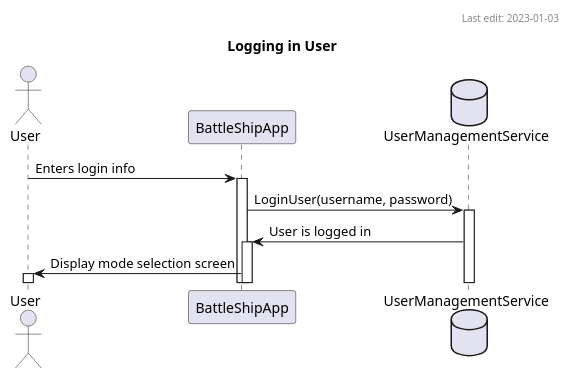
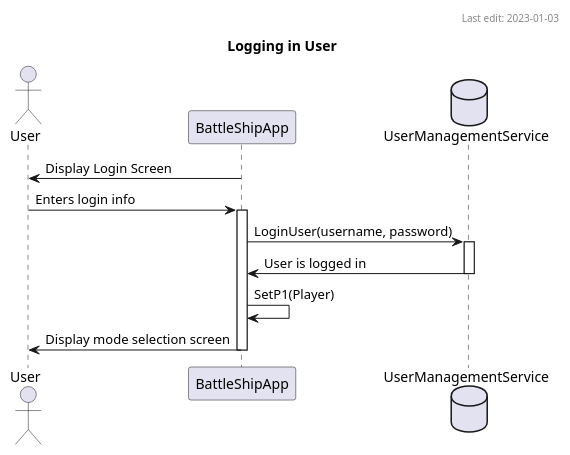
The diagram in UML Diagrams/Logging In.wsd (ChopstickLeg/BattleShip-Capstone), drawn with PlantUML before and after one commit. The commit also changed 13 other files, not shown here.

Commit message:
Finished all UML diagrams

```diff
--- a/UML Diagrams/Logging In.wsd
+++ b/UML Diagrams/Logging In.wsd
@@ -1,14 +1,16 @@
 @startuml
 'Author: Hayden Carpenter
 'Last Edit: 2023-01-03
 title Logging in User
 header Last edit: 2023-01-03
 actor User
 participant BattleShipApp as gui
 database UserManagementService as db
-
+gui->User:Display Login Screen
 User->gui++: Enters login info
 gui->db++:LoginUser(username, password)
-gui<-db++:User is logged in
-gui->User++:Display mode selection screen
+gui<-db--:User is logged in
+gui->gui:SetP1(Player)
+gui->User:Display mode selection screen
+gui--
 @enduml
```
